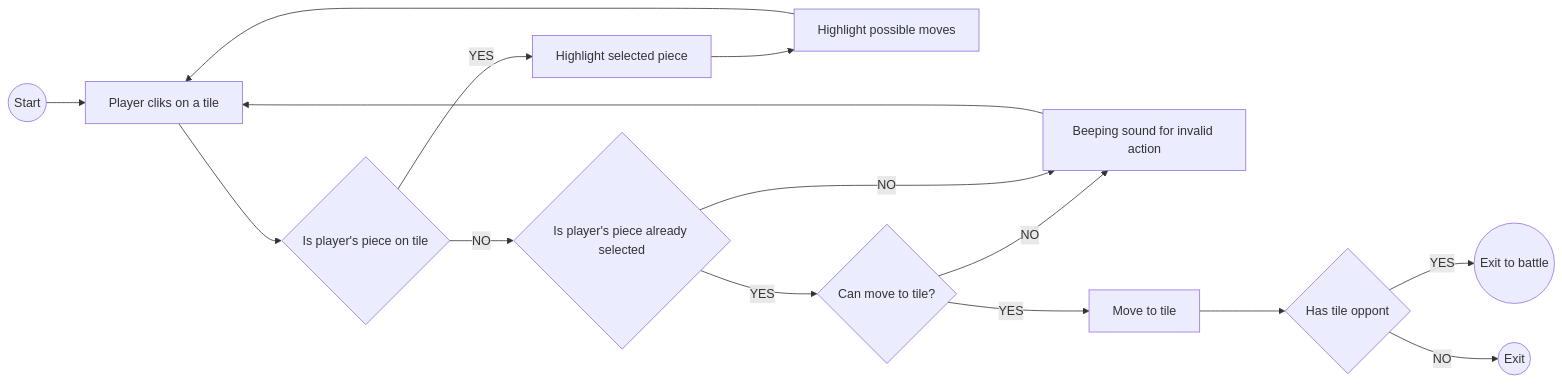
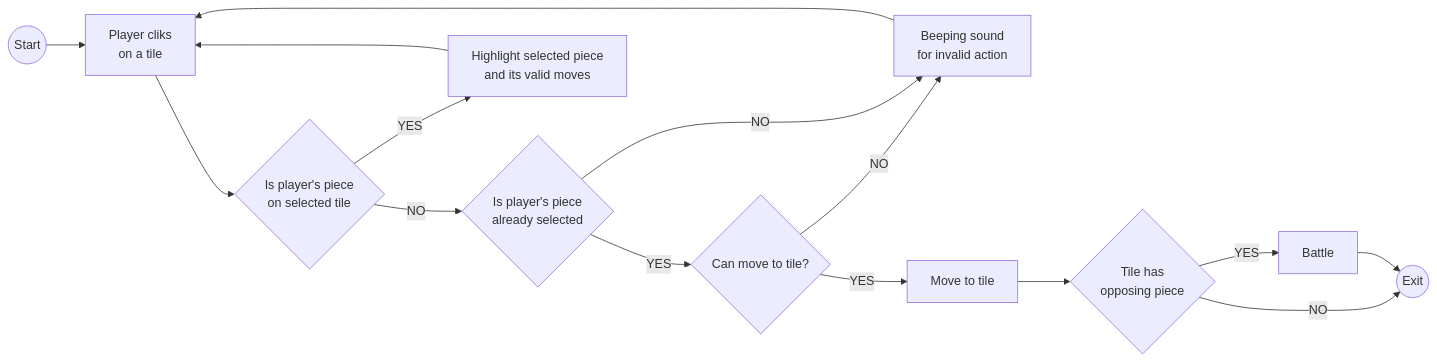
One commit to Tomocza/cpp-stratego changed the fifth of 5 diagrams in README.md. Above: the diagram before and after it, drawn with Mermaid. The commit also changed 1 other file, not shown here.

Commit message:
refactor player act flowchart

````diff
--- a/README.md
+++ b/README.md
@@ -126,35 +126,40 @@
 ```mermaid
 flowchart LR
 START((Start))
 END((Exit))
 
-clickTile[Player cliks on a tile]
-isPlayersPieceOnTile{Is player's piece on tile}
-isPlayersPieceSelected{Is player's piece already selected}
+clickTile[Player cliks 
+          on a tile]
+isPlayersPieceOnTile{Is player's piece 
+                      on selected tile}
+isPlayersPieceSelected{Is player's piece 
+                        already selected}
 
-beep[Beeping sound for invalid action]
+beep[Beeping sound 
+      for invalid action]
 
-selectPiece[Highlight selected piece]
-highlightMoves[Highlight possible moves]
+selectPiece[Highlight selected piece
+            and its valid moves]
 
 
 canMoveToTile{Can move to tile?}
-hasTileOpponent{Has tile oppont}
-exitToBattle((Exit to battle))
+hasTileOpponent{Tile has 
+                opposing piece}
+battle[Battle]
 moveToTile[Move to tile]
 
 START --> clickTile
 clickTile --> isPlayersPieceOnTile
+isPlayersPieceOnTile -- NO --> isPlayersPieceSelected
 isPlayersPieceOnTile -- YES --> selectPiece
-  selectPiece --> highlightMoves 
-  highlightMoves --> clickTile
-isPlayersPieceOnTile -- NO --> isPlayersPieceSelected
+  selectPiece --> clickTile
   isPlayersPieceSelected -- YES --> canMoveToTile
     canMoveToTile -- YES --> moveToTile
       moveToTile --> hasTileOpponent
-        hasTileOpponent -- YES --> exitToBattle
+        hasTileOpponent -- YES --> battle
         hasTileOpponent -- NO --> END
     canMoveToTile -- NO --> beep
   isPlayersPieceSelected -- NO --> beep
     beep --> clickTile
+  battle --> END
 ```
````
